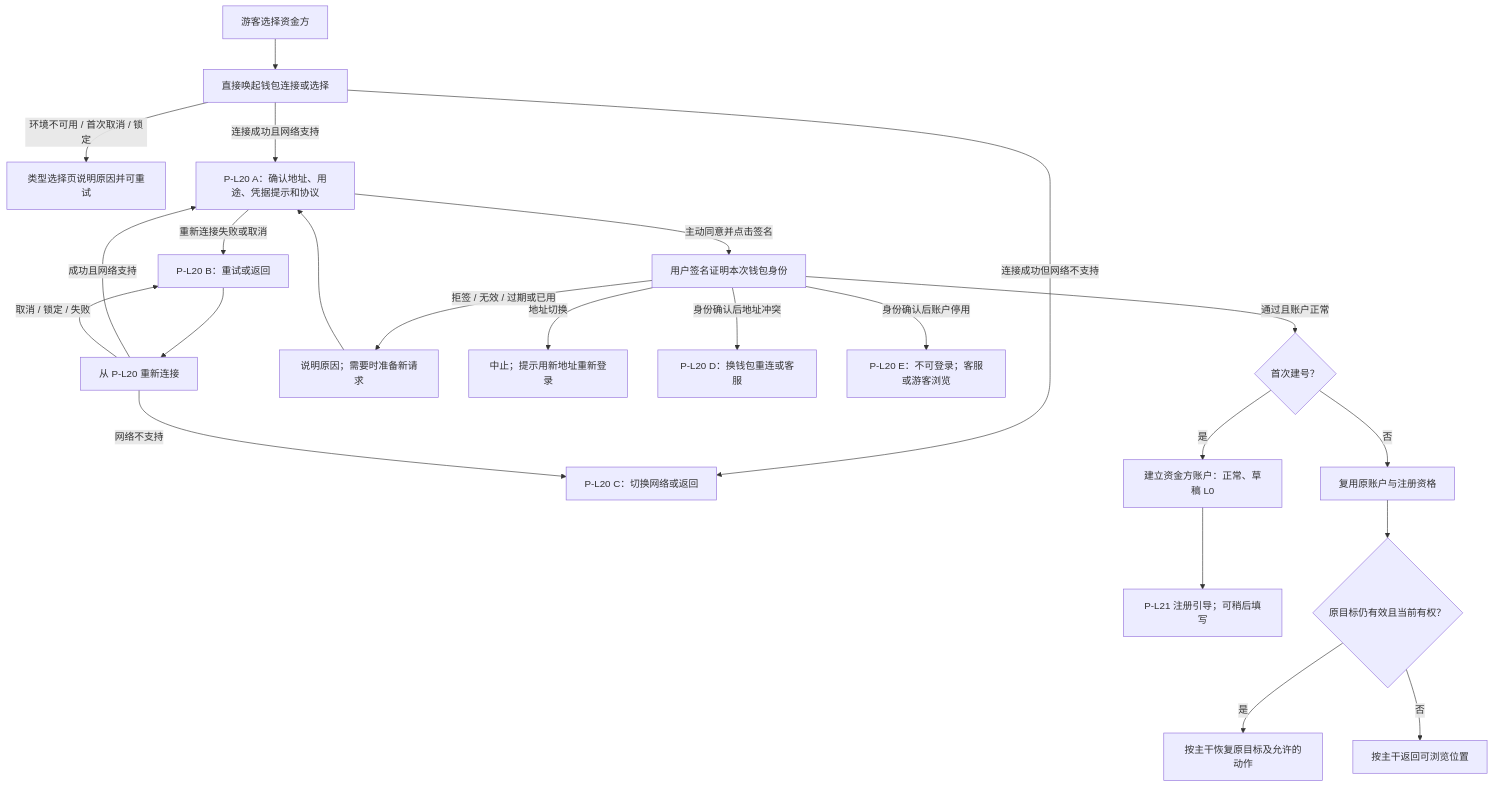
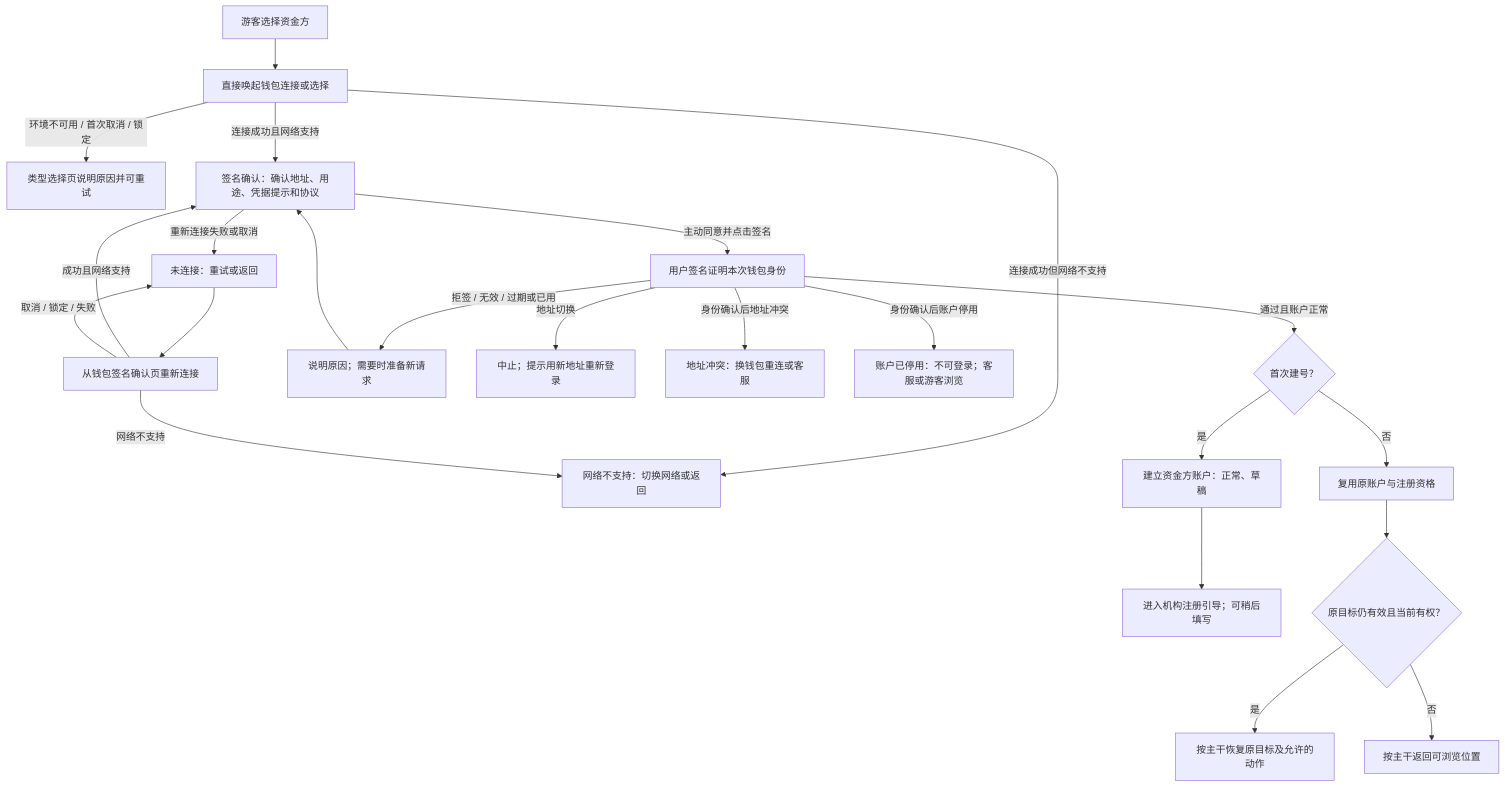
Before and after one commit to wxblockchain/Chain-Financing: the first of 9 diagrams in lending-platform/PRD/v2.0-登录与账户体系/02-资金方登录与账户体系-流程图与状态机.md, drawn with Mermaid. The commit also changed other lines of this file and 2 other files, not shown here.

````diff
--- a/lending-platform/PRD/v2.0-登录与账户体系/02-资金方登录与账户体系-流程图与状态机.md
+++ b/lending-platform/PRD/v2.0-登录与账户体系/02-资金方登录与账户体系-流程图与状态机.md
@@ -12,25 +12,25 @@
 ```mermaid
 flowchart TD
     A[游客选择资金方] --> B[直接唤起钱包连接或选择]
     B -->|环境不可用 / 首次取消 / 锁定| C[类型选择页说明原因并可重试]
-    B -->|连接成功但网络不支持| D[P-L20 C：切换网络或返回]
-    B -->|连接成功且网络支持| E[P-L20 A：确认地址、用途、凭据提示和协议]
-    E -->|重新连接失败或取消| F[P-L20 B：重试或返回]
-    F --> R[从 P-L20 重新连接]
+    B -->|连接成功但网络不支持| D[网络不支持：切换网络或返回]
+    B -->|连接成功且网络支持| E[签名确认：确认地址、用途、凭据提示和协议]
+    E -->|重新连接失败或取消| F[未连接：重试或返回]
+    F --> R[从钱包签名确认页重新连接]
     R -->|成功且网络支持| E
     R -->|取消 / 锁定 / 失败| F
     R -->|网络不支持| D
     E -->|主动同意并点击签名| G[用户签名证明本次钱包身份]
     G -->|拒签 / 无效 / 过期或已用| H[说明原因；需要时准备新请求]
     H --> E
     G -->|地址切换| I[中止；提示用新地址重新登录]
-    G -->|身份确认后地址冲突| J[P-L20 D：换钱包重连或客服]
-    G -->|身份确认后账户停用| K[P-L20 E：不可登录；客服或游客浏览]
+    G -->|身份确认后地址冲突| J[地址冲突：换钱包重连或客服]
+    G -->|身份确认后账户停用| K[账户已停用：不可登录；客服或游客浏览]
     G -->|通过且账户正常| L{首次建号？}
-    L -->|是| M[建立资金方账户：正常、草稿 L0]
-    M --> N[P-L21 注册引导；可稍后填写]
+    L -->|是| M[建立资金方账户：正常、草稿]
+    M --> N[进入机构注册引导；可稍后填写]
     L -->|否| O[复用原账户与注册资格]
     O --> P{原目标仍有效且当前有权？}
     P -->|是| Q[按主干恢复原目标及允许的动作]
     P -->|否| Z[按主干返回可浏览位置]
 ```
````
